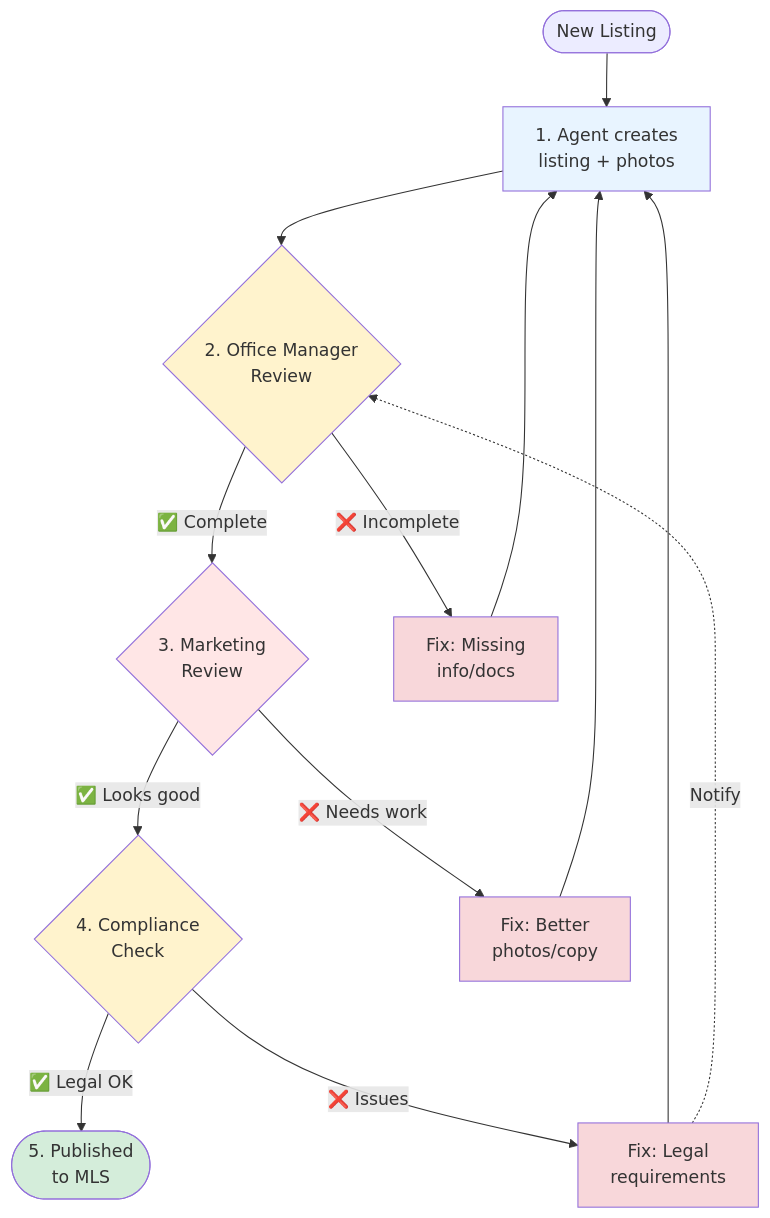
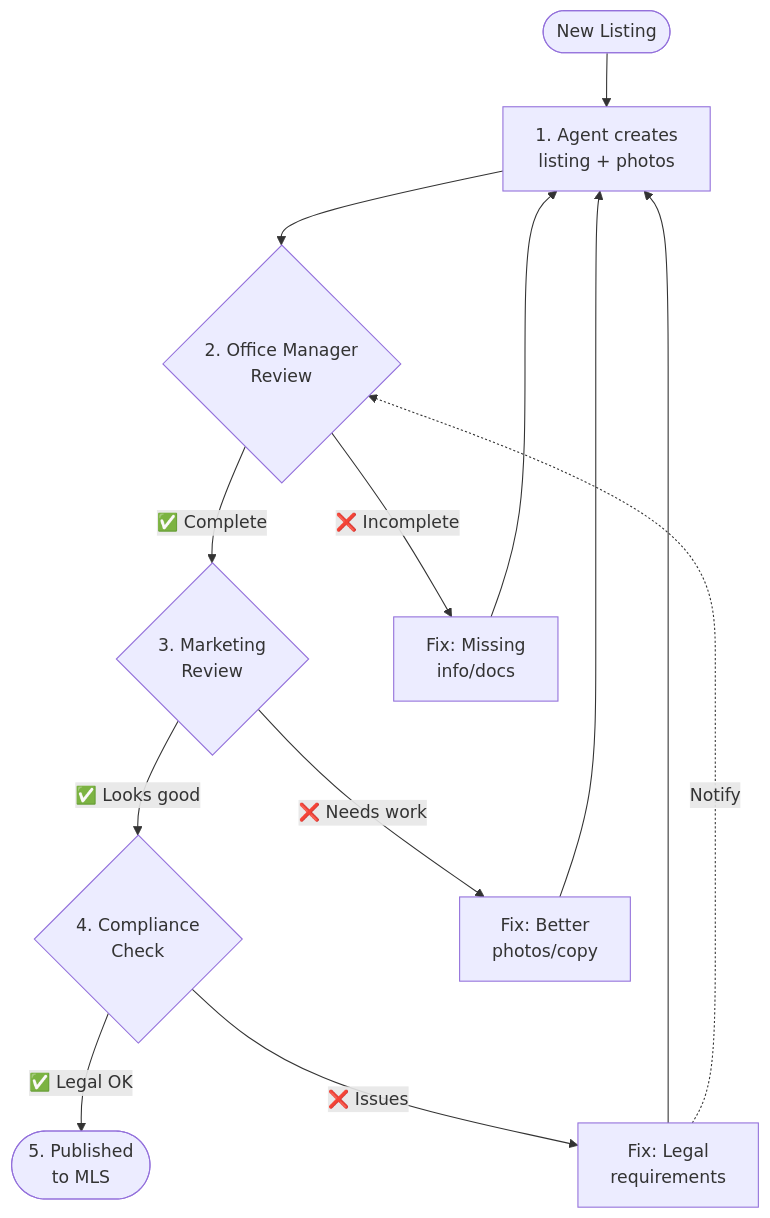
The third of 3 diagrams in src/content/docs/pro/documenting/templates/automations/examples/multi-level-approval-loops.mdx (tallyfy/documentation), drawn with Mermaid before and after one commit. The commit also changed other lines of this file and 13 other files, not shown here.

First line of the commit message:
Remove style directives from Mermaid diagrams across documentation

````diff
--- a/src/content/docs/pro/documenting/templates/automations/examples/multi-level-approval-loops.mdx
+++ b/src/content/docs/pro/documenting/templates/automations/examples/multi-level-approval-loops.mdx
@@ -221,31 +205,23 @@
 ```mermaid
 flowchart TD
     Start([New Listing]) --> Agent[1. Agent creates<br/>listing + photos]
     Agent --> Manager{2. Office Manager<br/>Review}
     
     Manager -->|✅ Complete| Marketing{3. Marketing<br/>Review}
     Manager -->|❌ Incomplete| ReOpen1[Fix: Missing<br/>info/docs]
     
     Marketing -->|✅ Looks good| Compliance{4. Compliance<br/>Check}
     Marketing -->|❌ Needs work| ReOpen2[Fix: Better<br/>photos/copy]
     
     Compliance -->|✅ Legal OK| Publish([5. Published<br/>to MLS])
     Compliance -->|❌ Issues| ReOpen3[Fix: Legal<br/>requirements]
     
     ReOpen1 --> Agent
     ReOpen2 --> Agent
     ReOpen3 --> Agent
     ReOpen3 -.->|Notify| Manager
     
-    style Agent fill:#E8F4FF
-    style Manager fill:#FFF3CD
-    style Marketing fill:#FFE6E6
-    style Compliance fill:#FFF3CD
-    style Publish fill:#D4EDDA
-    style ReOpen1 fill:#F8D7DA
-    style ReOpen2 fill:#F8D7DA
-    style ReOpen3 fill:#F8D7DA
     
     click Compliance "/products/pro/documenting/templates/automations/actions/status-actions/" "Learn how rejections trigger re-opens"
     click Manager "/products/pro/documenting/templates/automations/actions/visibility-actions/" "See how visibility rules control flow"
 ```
````
